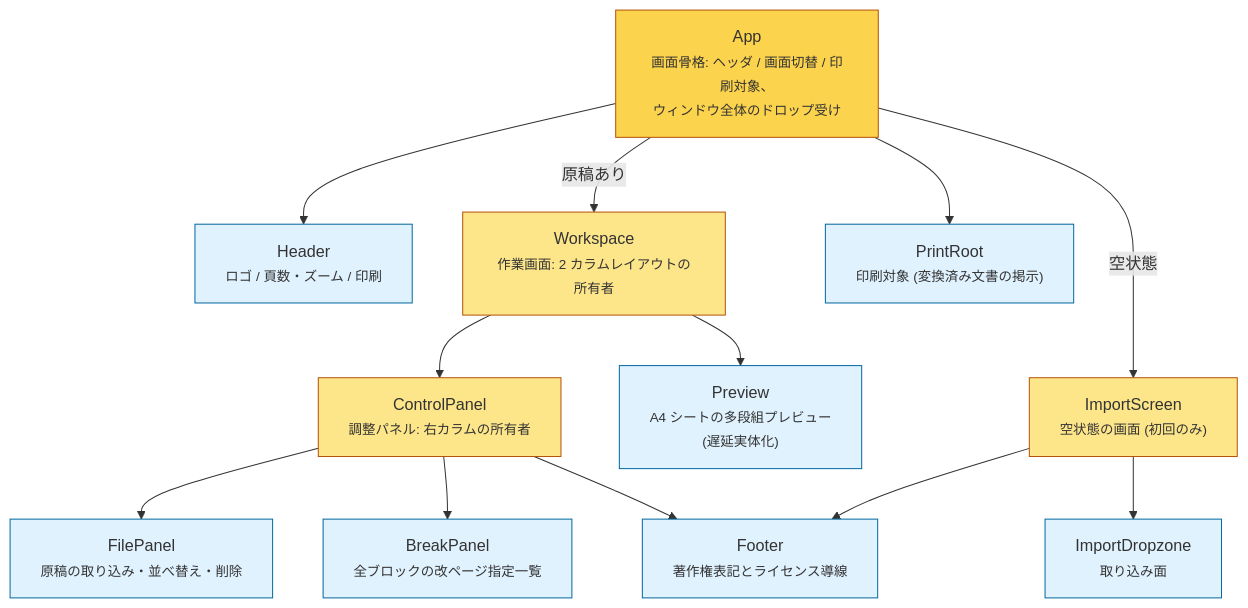
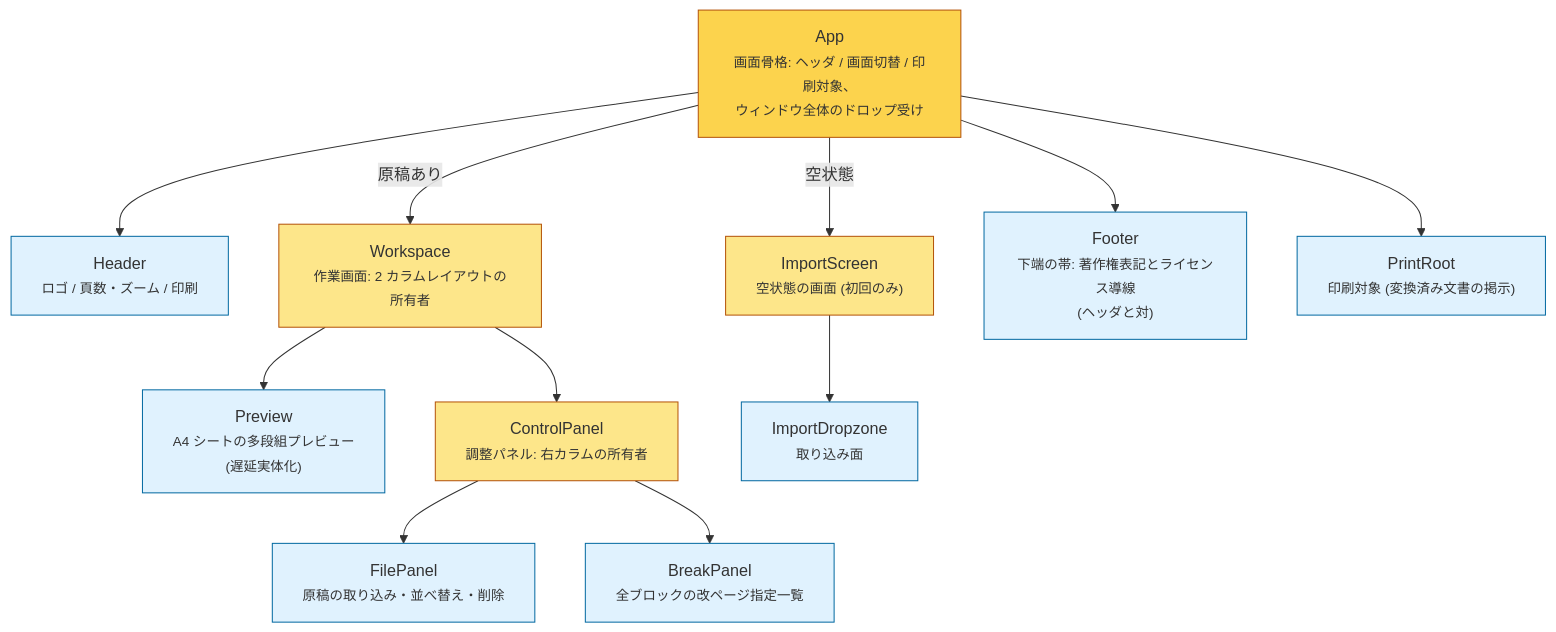
Before and after one commit to lacolaco/printmd: the diagram in docs/component-tree.md, drawn with Mermaid. The commit also changed 6 other files, not shown here.

````diff
--- a/docs/component-tree.md
+++ b/docs/component-tree.md
@@ -5,33 +5,32 @@
 ```mermaid
 flowchart TB
   APP["App<br/><small>画面骨格: ヘッダ / 画面切替 / 印刷対象、<br/>ウィンドウ全体のドロップ受け</small>"]
   HEADER["Header<br/><small>ロゴ / 頁数・ズーム / 印刷</small>"]
   WS["Workspace<br/><small>作業画面: 2 カラムレイアウトの所有者</small>"]
   IMPORT["ImportScreen<br/><small>空状態の画面 (初回のみ)</small>"]
   PREVIEW["Preview<br/><small>A4 シートの多段組プレビュー<br/>(遅延実体化)</small>"]
   PANEL["ControlPanel<br/><small>調整パネル: 右カラムの所有者</small>"]
   FILEP["FilePanel<br/><small>原稿の取り込み・並べ替え・削除</small>"]
   BREAKP["BreakPanel<br/><small>全ブロックの改ページ指定一覧</small>"]
-  FOOTER["Footer<br/><small>著作権表記とライセンス導線</small>"]
+  FOOTER["Footer<br/><small>下端の帯: 著作権表記とライセンス導線<br/>(ヘッダと対)</small>"]
   DROP["ImportDropzone<br/><small>取り込み面</small>"]
   PRINT["PrintRoot<br/><small>印刷対象 (変換済み文書の掲示)</small>"]
 
   APP --> HEADER
+  APP --> FOOTER
   APP -->|"原稿あり"| WS
   APP -->|"空状態"| IMPORT
   APP --> PRINT
   WS --> PREVIEW
   WS --> PANEL
   PANEL --> FILEP
   PANEL --> BREAKP
-  PANEL --> FOOTER
   IMPORT --> DROP
-  IMPORT --> FOOTER
 
   classDef shell fill:#fcd34d,stroke:#b45309
   classDef layout fill:#fde68a,stroke:#b45309
   classDef leaf fill:#e0f2fe,stroke:#0369a1
   class APP shell
   class WS,PANEL,IMPORT layout
   class HEADER,PREVIEW,FILEP,BREAKP,FOOTER,DROP,PRINT leaf
 ```
````
